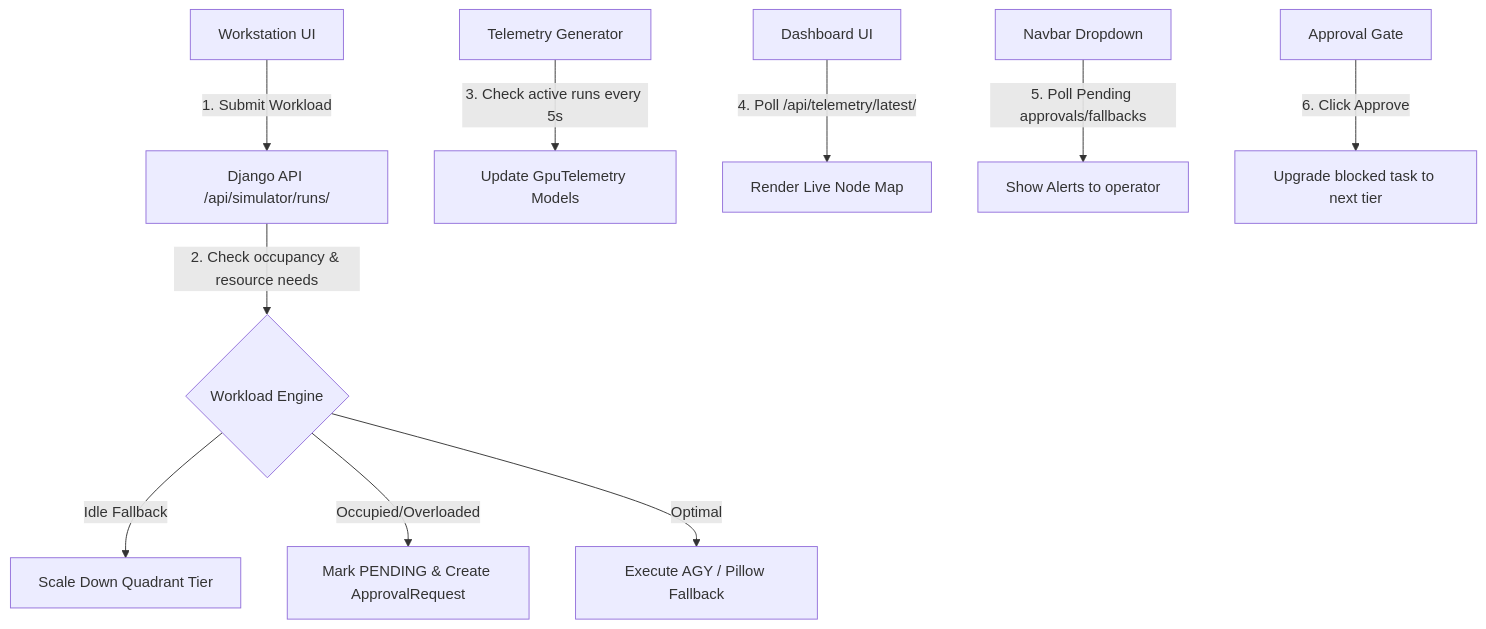
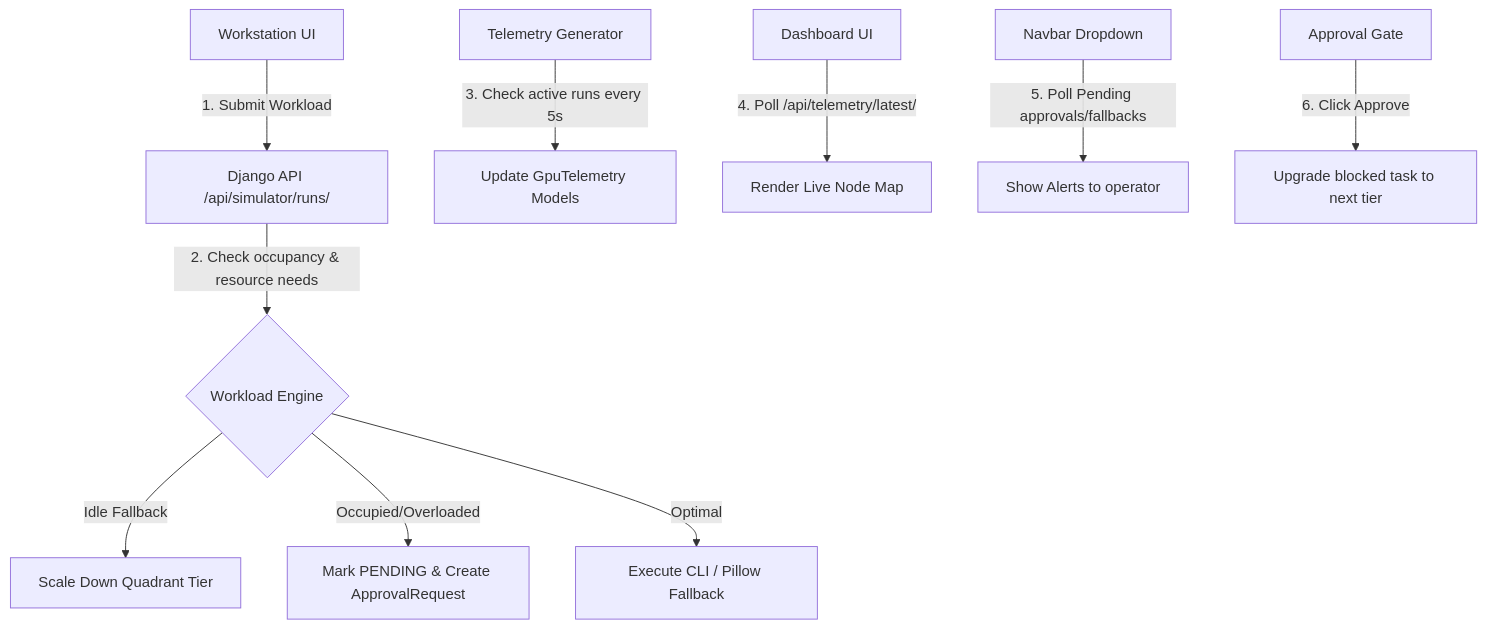
The diagram in PROJECT_FLOW.md (Eashanoppo/ai-cluster), drawn with Mermaid before and after one commit. The commit also changed other lines of this file and 67 other files, not shown here.

````diff
--- a/PROJECT_FLOW.md
+++ b/PROJECT_FLOW.md
@@ -12,14 +12,14 @@
 ```mermaid
 graph TD
     A[Workstation UI] -- 1. Submit Workload --> B[Django API /api/simulator/runs/]
     B -- 2. Check occupancy & resource needs --> C{Workload Engine}
     C -- Idle Fallback --> D[Scale Down Quadrant Tier]
     C -- Occupied/Overloaded --> E[Mark PENDING & Create ApprovalRequest]
-    C -- Optimal --> F[Execute AGY / Pillow Fallback]
+    C -- Optimal --> F[Execute CLI / Pillow Fallback]
     
     G[Telemetry Generator] -- 3. Check active runs every 5s --> H[Update GpuTelemetry Models]
     I[Dashboard UI] -- 4. Poll /api/telemetry/latest/ --> J[Render Live Node Map]
     
     K[Navbar Dropdown] -- 5. Poll Pending approvals/fallbacks --> L[Show Alerts to operator]
     M[Approval Gate] -- 6. Click Approve --> N[Upgrade blocked task to next tier]
 ```
````
